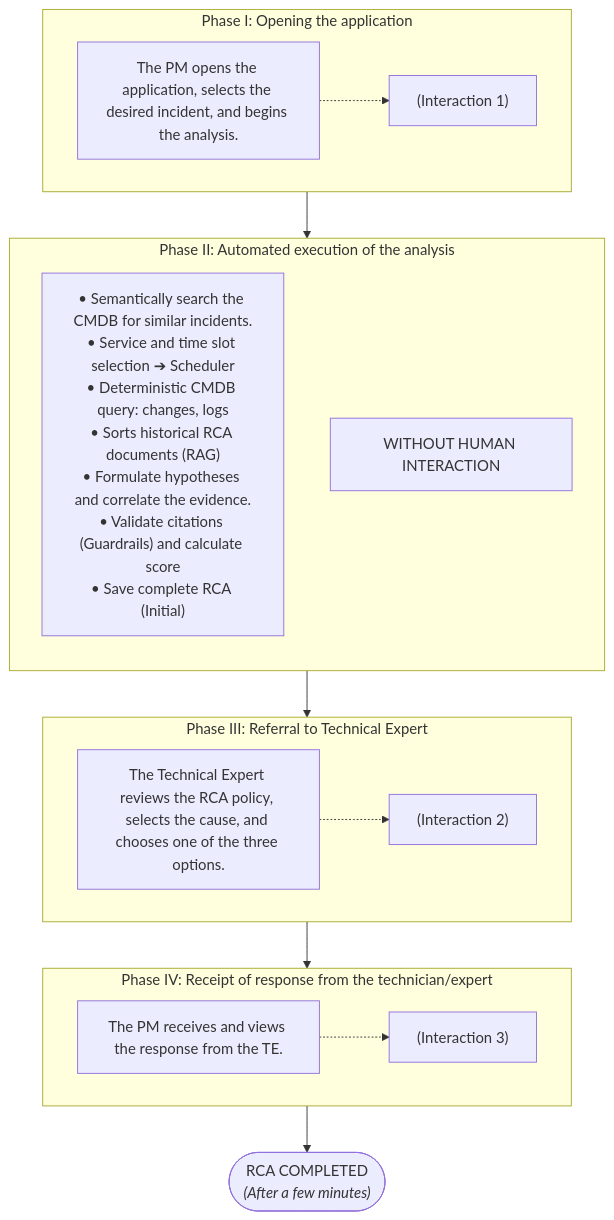
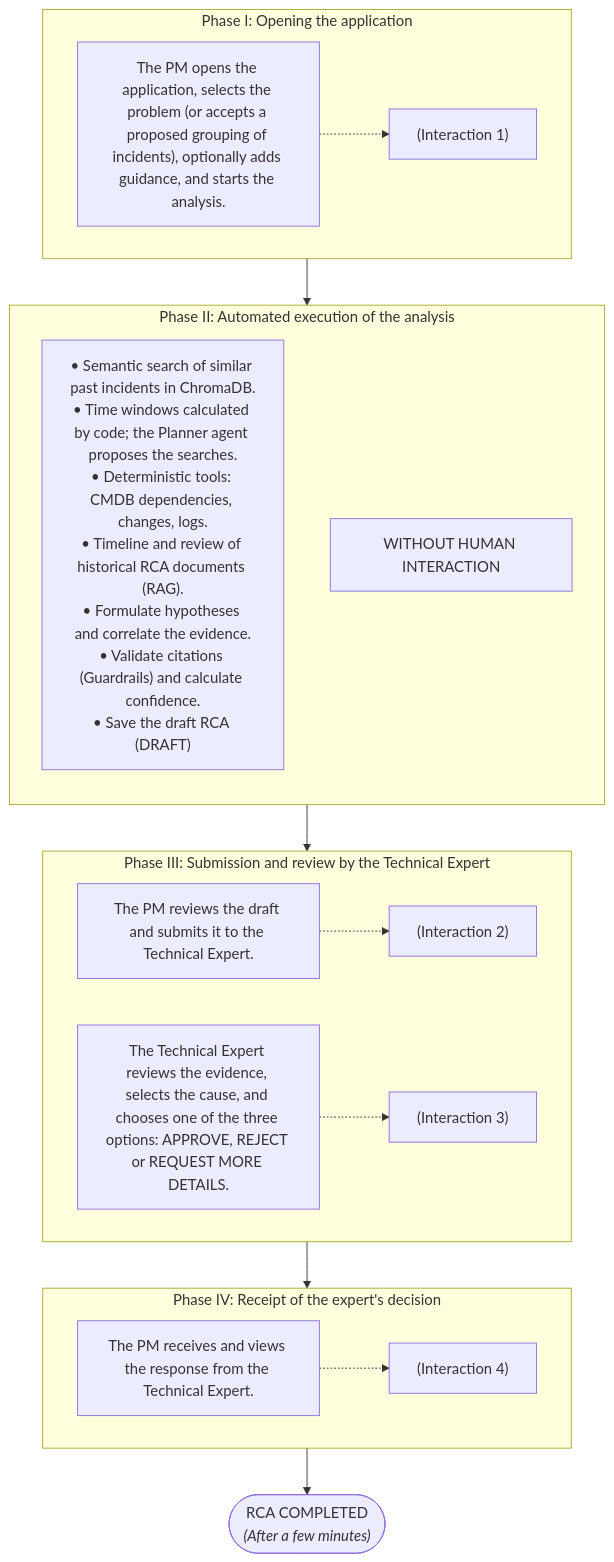
The second of 2 diagrams in docs/KPIS.md (cristivalea/root-cause-analysis), drawn with Mermaid before and after one commit. The commit also changed other lines of this file and 5 other files, not shown here.

````diff
--- a/docs/KPIS.md
+++ b/docs/KPIS.md
@@ -35,22 +35,23 @@
 ```mermaid
 flowchart TD
     subgraph F1["Phase I: Opening the application"]
-        A1["The PM opens the application, selects the desired incident, and begins the analysis."] -.-> I1["(Interaction 1)"]
+        A1["The PM opens the application, selects the problem (or accepts a proposed grouping of incidents), optionally adds guidance, and starts the analysis."] -.-> I1["(Interaction 1)"]
     end
 
     subgraph F2["Phase II: Automated execution of the analysis"]
         direction TB
-        B1["• Semantically search the CMDB for similar incidents.<br/>• Service and time slot selection ➔ Scheduler<br/>• Deterministic CMDB query: changes, logs<br/>• Sorts historical RCA documents (RAG)<br/>• Formulate hypotheses and correlate the evidence.<br/>• Validate citations (Guardrails) and calculate score<br/>• Save complete RCA (Initial)"]
+        B1["• Semantic search of similar past incidents in ChromaDB.<br/>• Time windows calculated by code; the Planner agent proposes the searches.<br/>• Deterministic tools: CMDB dependencies, changes, logs.<br/>• Timeline and review of historical RCA documents (RAG).<br/>• Formulate hypotheses and correlate the evidence.<br/>• Validate citations (Guardrails) and calculate confidence.<br/>• Save the draft RCA (DRAFT)"]
         B2["WITHOUT HUMAN INTERACTION"]
     end
 
-    subgraph F3["Phase III: Referral to Technical Expert"]
-        C1["The Technical Expert reviews the RCA policy, selects the cause, and chooses one of the three options."] -.-> I2["(Interaction 2)"]
+    subgraph F3["Phase III: Submission and review by the Technical Expert"]
+        C1["The PM reviews the draft and submits it to the Technical Expert."] -.-> I2["(Interaction 2)"]
+        C2["The Technical Expert reviews the evidence, selects the cause, and chooses one of the three options: APPROVE, REJECT or REQUEST MORE DETAILS."] -.-> I3["(Interaction 3)"]
     end
 
-    subgraph F4["Phase IV: Receipt of response from the technician/expert"]
-        D1["The PM receives and views the response from the TE."] -.-> I3["(Interaction 3)"]
+    subgraph F4["Phase IV: Receipt of the expert's decision"]
+        D1["The PM receives and views the response from the Technical Expert."] -.-> I4["(Interaction 4)"]
     end
 
     F1 --> F2 --> F3 --> F4 --> EndNode(["RCA COMPLETED<br/><i>(After a few minutes)</i>"])
 ```
````
